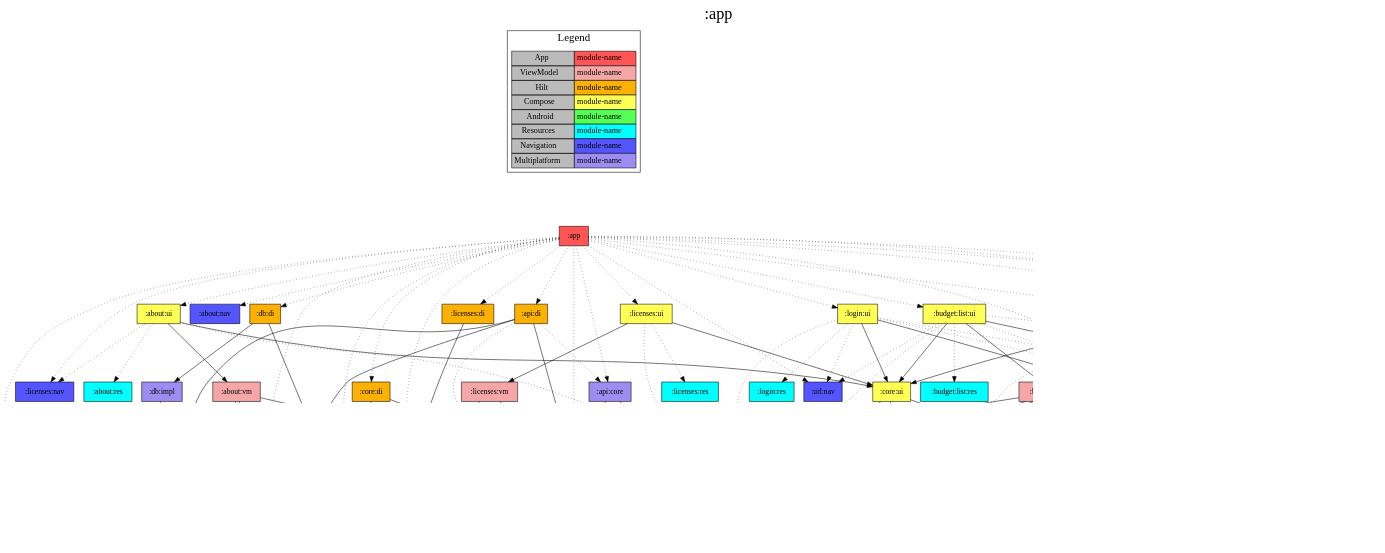
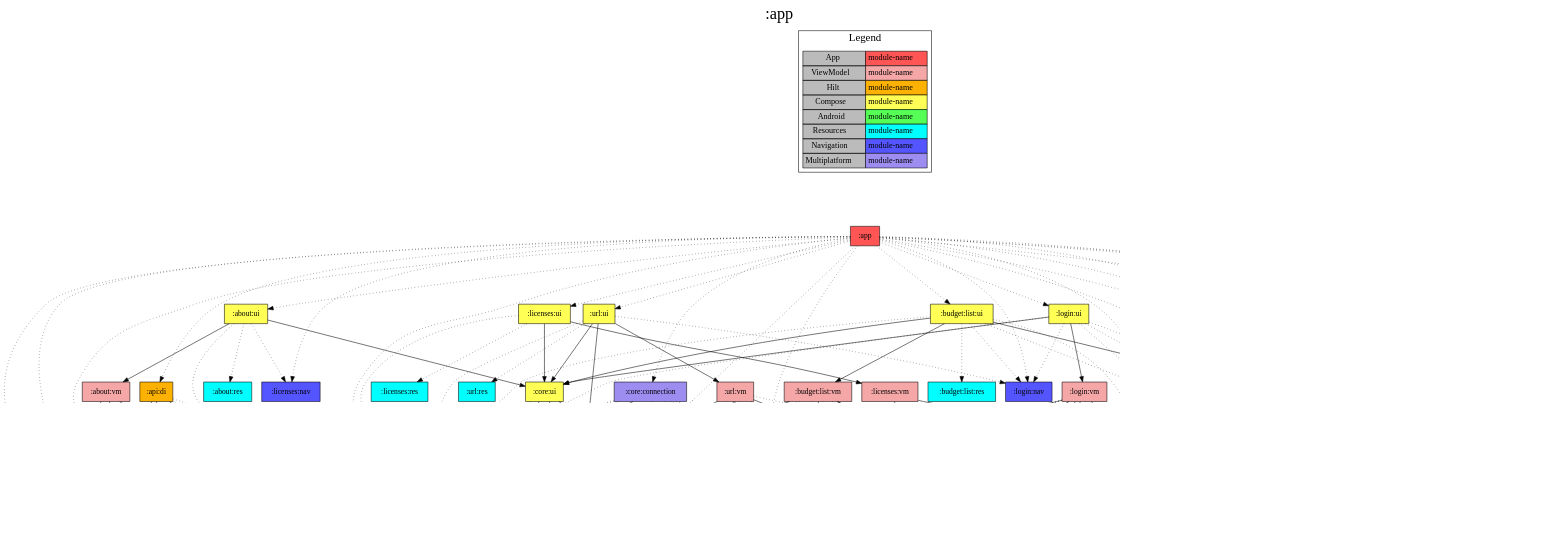
The diagram in app/project-dependency-graph.dot (jonapoul/aktual), drawn with Graphviz before and after one commit. The commit also changed 4 other files, not shown here.

```diff
--- a/app/project-dependency-graph.dot
+++ b/app/project-dependency-graph.dot
@@ -1,179 +1,189 @@
 digraph {
 edge ["dir"="forward"]
 graph ["dpi"="100","label"=":app","labelloc"="t","fontsize"="30","ranksep"="1.5","rankdir"="TB"]
 node ["style"="filled"]
 ":app" ["shape"="box","fillcolor"="#FF5555"]
 ":about:data" ["fillcolor"="#9D8DF1","shape"="box"]
 ":api:github" ["fillcolor"="#9D8DF1","shape"="box"]
 ":core:buildconfig" ["fillcolor"="#9D8DF1","shape"="box"]
 ":core:coroutines" ["fillcolor"="#9D8DF1","shape"="box"]
 ":about:nav" ["fillcolor"="#5555FF","shape"="box"]
 ":about:ui" ["fillcolor"="#FFFF55","shape"="box"]
 ":about:vm" ["fillcolor"="#F5A6A6","shape"="box"]
 ":core:log" ["fillcolor"="#9D8DF1","shape"="box"]
 ":core:ui" ["fillcolor"="#FFFF55","shape"="box"]
 ":core:colorscheme" ["fillcolor"="#9D8DF1","shape"="box"]
 ":core:versions" ["fillcolor"="#9D8DF1","shape"="box"]
 ":url:model" ["fillcolor"="#9D8DF1","shape"="box"]
 ":core:res" ["fillcolor"="#00FFFF","shape"="box"]
 ":about:res" ["fillcolor"="#00FFFF","shape"="box"]
 ":licenses:nav" ["fillcolor"="#5555FF","shape"="box"]
 ":api:core" ["fillcolor"="#9D8DF1","shape"="box"]
 ":api:di" ["fillcolor"="#FCB103","shape"="box"]
 ":budget:list:nav" ["fillcolor"="#5555FF","shape"="box"]
 ":login:model" ["fillcolor"="#9D8DF1","shape"="box"]
 ":budget:list:ui" ["fillcolor"="#FFFF55","shape"="box"]
 ":budget:list:vm" ["fillcolor"="#F5A6A6","shape"="box"]
 ":api:actual" ["fillcolor"="#9D8DF1","shape"="box"]
 ":url:prefs" ["fillcolor"="#9D8DF1","shape"="box"]
 ":budget:list:res" ["fillcolor"="#00FFFF","shape"="box"]
 ":login:nav" ["fillcolor"="#5555FF","shape"="box"]
 ":url:nav" ["fillcolor"="#5555FF","shape"="box"]
+":core:connection" ["fillcolor"="#9D8DF1","shape"="box"]
 ":core:di" ["fillcolor"="#FCB103","shape"="box"]
 ":db:di" ["fillcolor"="#FCB103","shape"="box"]
 ":db:impl" ["fillcolor"="#9D8DF1","shape"="box"]
 ":budget:model" ["fillcolor"="#9D8DF1","shape"="box"]
 ":licenses:data" ["fillcolor"="#9D8DF1","shape"="box"]
 ":licenses:di" ["fillcolor"="#FCB103","shape"="box"]
 ":licenses:ui" ["fillcolor"="#FFFF55","shape"="box"]
 ":licenses:vm" ["fillcolor"="#F5A6A6","shape"="box"]
 ":licenses:res" ["fillcolor"="#00FFFF","shape"="box"]
 ":login:prefs" ["fillcolor"="#9D8DF1","shape"="box"]
 ":login:ui" ["fillcolor"="#FFFF55","shape"="box"]
 ":login:vm" ["fillcolor"="#F5A6A6","shape"="box"]
 ":login:res" ["fillcolor"="#00FFFF","shape"="box"]
 ":url:ui" ["fillcolor"="#FFFF55","shape"="box"]
 ":url:vm" ["fillcolor"="#F5A6A6","shape"="box"]
 ":url:res" ["fillcolor"="#00FFFF","shape"="box"]
 {
 edge ["dir"="none"]
 graph ["rank"="same"]
 ":app"
 }
 ":app" -> ":about:data" ["style"="dotted"]
 ":app" -> ":about:nav" ["style"="dotted"]
 ":app" -> ":about:ui" ["style"="dotted"]
 ":app" -> ":api:core" ["style"="dotted"]
 ":app" -> ":api:di" ["style"="dotted"]
 ":app" -> ":budget:list:nav" ["style"="dotted"]
 ":app" -> ":budget:list:ui" ["style"="dotted"]
 ":app" -> ":core:buildconfig" ["style"="dotted"]
 ":app" -> ":core:colorscheme" ["style"="dotted"]
+":app" -> ":core:connection" ["style"="dotted"]
 ":app" -> ":core:coroutines" ["style"="dotted"]
 ":app" -> ":core:di" ["style"="dotted"]
 ":app" -> ":core:log" ["style"="dotted"]
 ":app" -> ":db:di" ["style"="dotted"]
 ":app" -> ":licenses:data" ["style"="dotted"]
 ":app" -> ":licenses:di" ["style"="dotted"]
 ":app" -> ":licenses:nav" ["style"="dotted"]
 ":app" -> ":licenses:ui" ["style"="dotted"]
 ":app" -> ":login:nav" ["style"="dotted"]
 ":app" -> ":login:prefs" ["style"="dotted"]
 ":app" -> ":login:ui" ["style"="dotted"]
 ":app" -> ":url:nav" ["style"="dotted"]
 ":app" -> ":url:prefs" ["style"="dotted"]
 ":app" -> ":url:ui" ["style"="dotted"]
 ":about:data" -> ":api:github"
 ":about:data" -> ":core:buildconfig"
 ":about:data" -> ":core:coroutines"
 ":about:ui" -> ":about:vm"
 ":about:ui" -> ":core:ui"
 ":about:ui" -> ":about:res" ["style"="dotted"]
 ":about:ui" -> ":core:res" ["style"="dotted"]
 ":about:ui" -> ":licenses:nav" ["style"="dotted"]
 ":about:vm" -> ":about:data"
 ":about:vm" -> ":core:buildconfig"
 ":about:vm" -> ":core:log"
 ":core:ui" -> ":core:colorscheme"
 ":core:ui" -> ":core:versions"
 ":core:ui" -> ":url:model"
 ":core:ui" -> ":core:res" ["style"="dotted"]
 ":core:versions" -> ":core:buildconfig"
 ":api:core" -> ":core:log"
 ":api:core" -> ":url:model"
 ":api:di" -> ":api:github"
 ":api:di" -> ":core:buildconfig"
 ":api:di" -> ":core:log"
 ":api:di" -> ":api:core" ["style"="dotted"]
 ":api:di" -> ":url:model" ["style"="dotted"]
 ":budget:list:nav" -> ":login:model"
 ":budget:list:ui" -> ":budget:list:nav"
 ":budget:list:ui" -> ":budget:list:vm"
 ":budget:list:ui" -> ":core:ui"
 ":budget:list:ui" -> ":budget:list:res" ["style"="dotted"]
 ":budget:list:ui" -> ":core:res" ["style"="dotted"]
 ":budget:list:ui" -> ":login:model" ["style"="dotted"]
 ":budget:list:ui" -> ":login:nav" ["style"="dotted"]
 ":budget:list:ui" -> ":url:nav" ["style"="dotted"]
 ":budget:list:vm" -> ":core:colorscheme"
 ":budget:list:vm" -> ":core:coroutines"
 ":budget:list:vm" -> ":core:log"
 ":budget:list:vm" -> ":url:model"
 ":budget:list:vm" -> ":api:actual" ["style"="dotted"]
 ":budget:list:vm" -> ":core:versions" ["style"="dotted"]
 ":budget:list:vm" -> ":login:model" ["style"="dotted"]
 ":budget:list:vm" -> ":url:prefs" ["style"="dotted"]
 ":api:actual" -> ":login:model"
 ":api:actual" -> ":url:model"
 ":url:prefs" -> ":url:model"
+":core:connection" -> ":core:buildconfig"
+":core:connection" -> ":api:actual" ["style"="dotted"]
+":core:connection" -> ":api:core" ["style"="dotted"]
+":core:connection" -> ":core:coroutines" ["style"="dotted"]
+":core:connection" -> ":core:log" ["style"="dotted"]
+":core:connection" -> ":core:versions" ["style"="dotted"]
+":core:connection" -> ":url:model" ["style"="dotted"]
+":core:connection" -> ":url:prefs" ["style"="dotted"]
 ":core:di" -> ":core:coroutines"
 ":core:di" -> ":core:log"
 ":db:di" -> ":core:coroutines"
 ":db:di" -> ":db:impl"
 ":db:impl" -> ":budget:model"
 ":licenses:data" -> ":core:coroutines" ["style"="dotted"]
 ":licenses:di" -> ":licenses:data"
 ":licenses:ui" -> ":core:ui"
 ":licenses:ui" -> ":licenses:vm"
 ":licenses:ui" -> ":core:res" ["style"="dotted"]
 ":licenses:ui" -> ":licenses:res" ["style"="dotted"]
 ":licenses:vm" -> ":core:log"
 ":licenses:vm" -> ":licenses:data"
 ":login:prefs" -> ":login:model"
 ":login:ui" -> ":core:ui"
 ":login:ui" -> ":login:vm"
 ":login:ui" -> ":budget:list:nav" ["style"="dotted"]
 ":login:ui" -> ":core:res" ["style"="dotted"]
 ":login:ui" -> ":login:nav" ["style"="dotted"]
 ":login:ui" -> ":login:res" ["style"="dotted"]
 ":login:ui" -> ":url:nav" ["style"="dotted"]
 ":login:vm" -> ":core:colorscheme"
 ":login:vm" -> ":core:coroutines"
 ":login:vm" -> ":core:log"
 ":login:vm" -> ":login:model"
 ":login:vm" -> ":url:model"
 ":login:vm" -> ":api:actual" ["style"="dotted"]
 ":login:vm" -> ":core:versions" ["style"="dotted"]
 ":login:vm" -> ":login:prefs" ["style"="dotted"]
 ":login:vm" -> ":url:prefs" ["style"="dotted"]
 ":url:ui" -> ":core:colorscheme"
 ":url:ui" -> ":core:ui"
 ":url:ui" -> ":url:vm"
 ":url:ui" -> ":core:res" ["style"="dotted"]
 ":url:ui" -> ":login:nav" ["style"="dotted"]
 ":url:ui" -> ":url:res" ["style"="dotted"]
 ":url:vm" -> ":core:colorscheme"
 ":url:vm" -> ":core:coroutines"
 ":url:vm" -> ":core:log"
 ":url:vm" -> ":url:model"
 ":url:vm" -> ":api:actual" ["style"="dotted"]
 ":url:vm" -> ":core:versions" ["style"="dotted"]
 ":url:vm" -> ":login:prefs" ["style"="dotted"]
 ":url:vm" -> ":url:prefs" ["style"="dotted"]
 subgraph "cluster_legend" {
 edge ["dir"="none"]
 graph ["label"="Legend","fontsize"="20"]
 "Legend" ["style"="filled","fillcolor"="#bbbbbb","shape"="none","margin"="0","fontsize"="15","label"=<
 <TABLE BORDER="0" CELLBORDER="1" CELLSPACING="0" CELLPADDING="4">
 <TR><TD>App</TD><TD BGCOLOR="#FF5555">module-name</TD></TR>
 <TR><TD>ViewModel</TD><TD BGCOLOR="#F5A6A6">module-name</TD></TR>
 <TR><TD>Hilt</TD><TD BGCOLOR="#FCB103">module-name</TD></TR>
 <TR><TD>Compose</TD><TD BGCOLOR="#FFFF55">module-name</TD></TR>
 <TR><TD>Android</TD><TD BGCOLOR="#55FF55">module-name</TD></TR>
 <TR><TD>Resources</TD><TD BGCOLOR="#00FFFF">module-name</TD></TR>
 <TR><TD>Navigation</TD><TD BGCOLOR="#5555FF">module-name</TD></TR>
 <TR><TD>Multiplatform</TD><TD BGCOLOR="#9D8DF1">module-name</TD></TR>
 </TABLE>
 >]
 } -> ":app" ["style"="invis"]
 }
```
